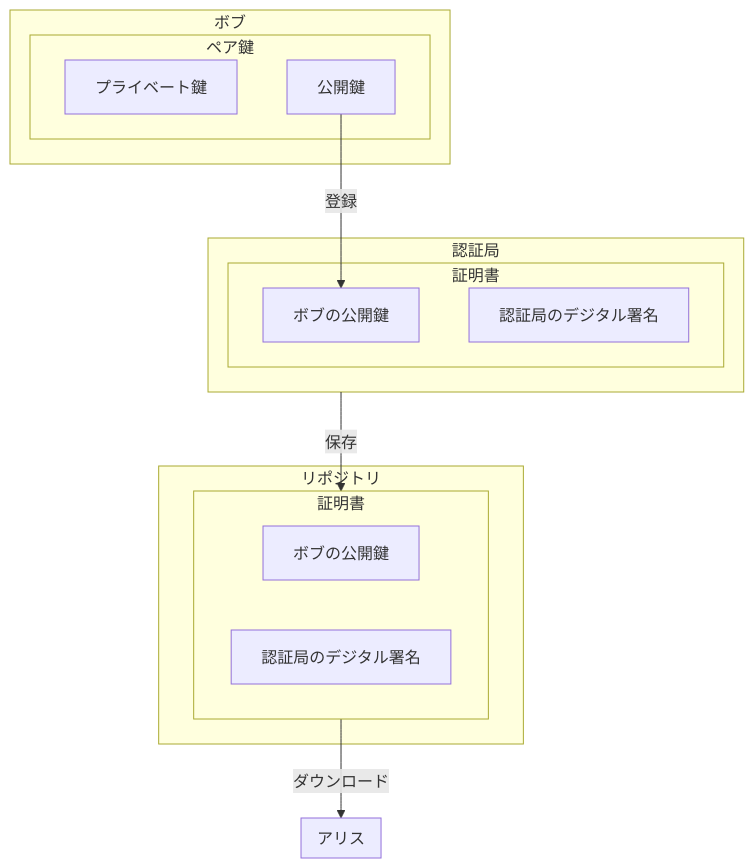
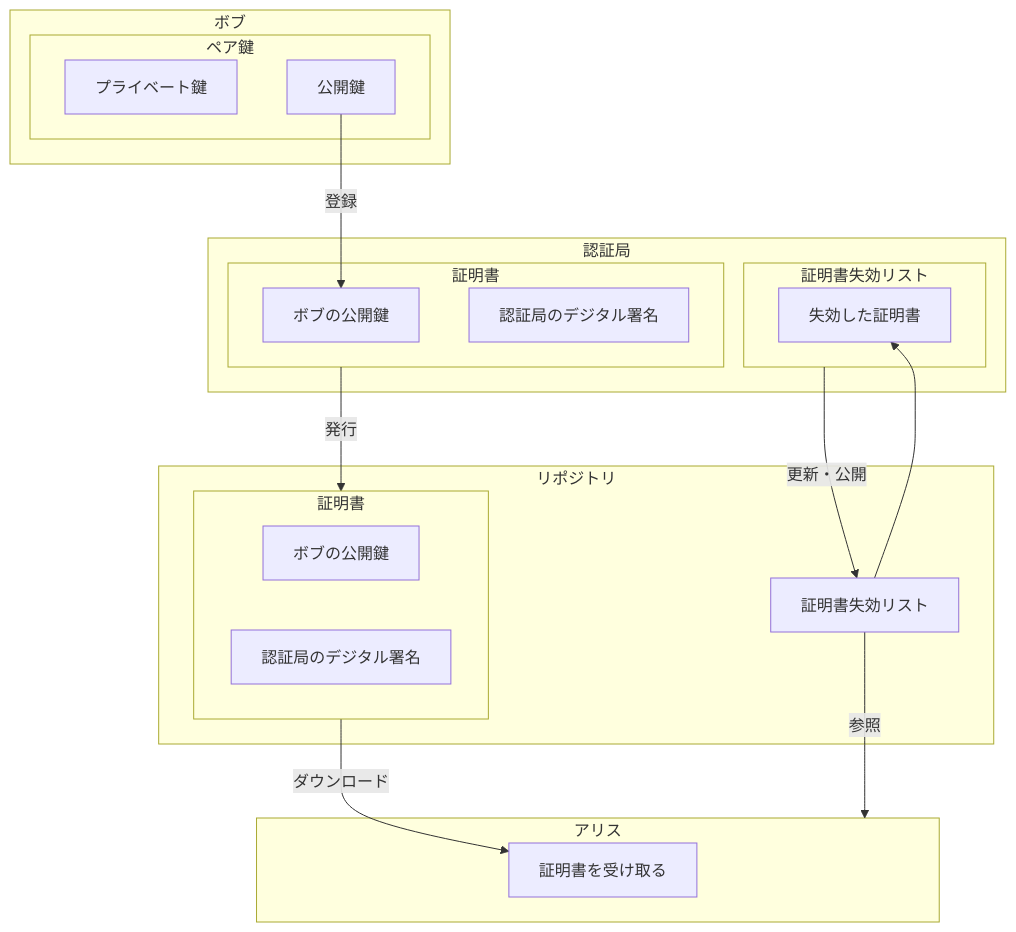
Before and after one commit to shuji-bonji/Notes-about-Digital-Signatures-and-Timestamps: the first of 2 diagrams in PublicKeyCryptographyInfrastructure.md, drawn with Mermaid. The commit also changed other lines of this file and 3 other files, not shown here.

````diff
--- a/PublicKeyCryptographyInfrastructure.md
+++ b/PublicKeyCryptographyInfrastructure.md
@@ -15,29 +33,37 @@
 ```mermaid
 graph TD
     subgraph Bob["ボブ"]
       subgraph pairKey["ペア鍵"]
         B_priKey["プライベート鍵"]
         B_pubKey["公開鍵"]
       end
     end
 
     subgraph Auth["認証局"]
       subgraph B_cert["証明書"]
         B_pubKey_in_cert["ボブの公開鍵"]
         Auth_sign["認証局のデジタル署名"]
       end
+      subgraph CRL["証明書失効リスト"]
+        revokedCert["失効した証明書"]
+      end
     end
+
     subgraph Repository["リポジトリ"]
       subgraph B_cert_in_rep["証明書"]
         B_pubKey_in_rep["ボブの公開鍵"]
         Auth_sign_in_rep["認証局のデジタル署名"]
       end
-    end
-    subgraph Alice["アリス"]
-
+      CRL_in_Rep["証明書失効リスト"] --> revokedCert
     end
 
-    B_pubKey --登録--> B_pubKey_in_cert
-    Auth --保存--> B_cert_in_rep
-    B_cert_in_rep --ダウンロード--> Alice
+    subgraph Alice["アリス"]
+      A_receive_cert["証明書を受け取る"]
+    end
+
+    B_pubKey --"登録"--> B_pubKey_in_cert
+    B_cert --"発行"--> B_cert_in_rep
+    B_cert_in_rep --"ダウンロード"--> A_receive_cert
+    CRL --"更新・公開"--> CRL_in_Rep
+    CRL_in_Rep --"参照"--> Alice
 ```
````
